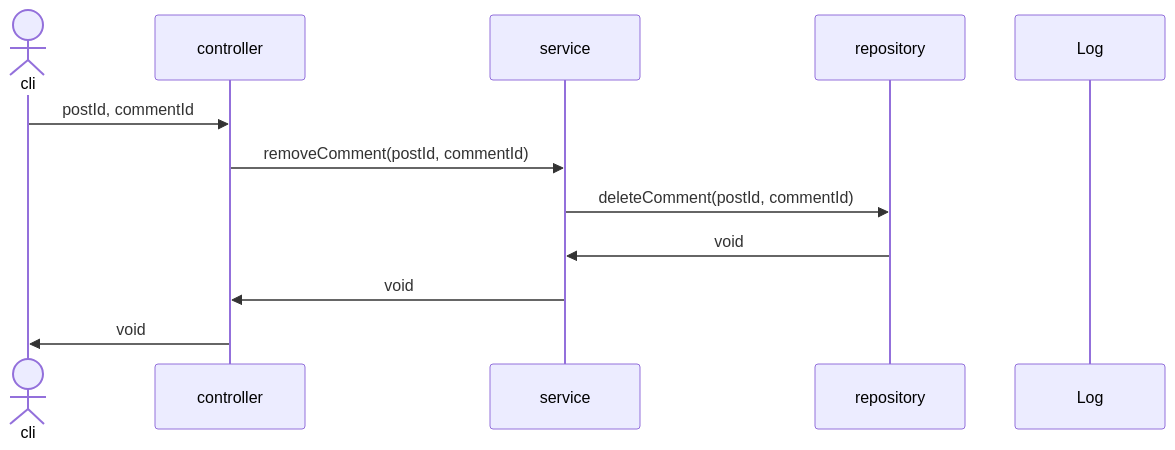
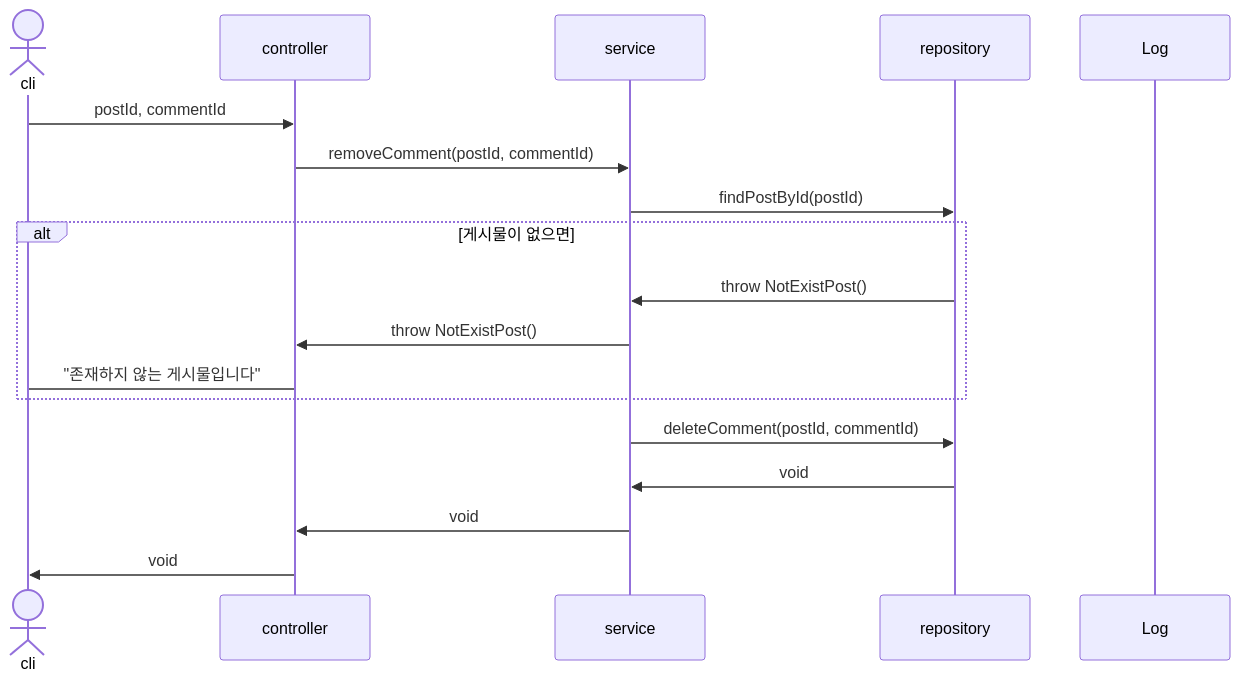
One commit to mtak0235/snsX changed the seventh of 10 diagrams in sequenceDiagram.md. Above: the diagram before and after it, drawn with Mermaid. The commit also changed other lines of this file and 2 other files, not shown here.

````diff
--- a/sequenceDiagram.md
+++ b/sequenceDiagram.md
@@ -126,15 +183,21 @@
 ```mermaid
 sequenceDiagram
 actor cli
 participant c as controller
 participant s as service
 participant r as repository
 participant l as Log
 
 cli->>c: postId, commentId
 c->>s: removeComment(postId, commentId)
+s->>r: findPostById(postId)
+alt 게시물이 없으면
+r->>s: throw NotExistPost()
+s->>c: throw NotExistPost()
+c->cli: "존재하지 않는 게시물입니다"
+end
 s->>r: deleteComment(postId, commentId)
 r->>s: void
 s->>c: void
 c->>cli: void
 ```
````
